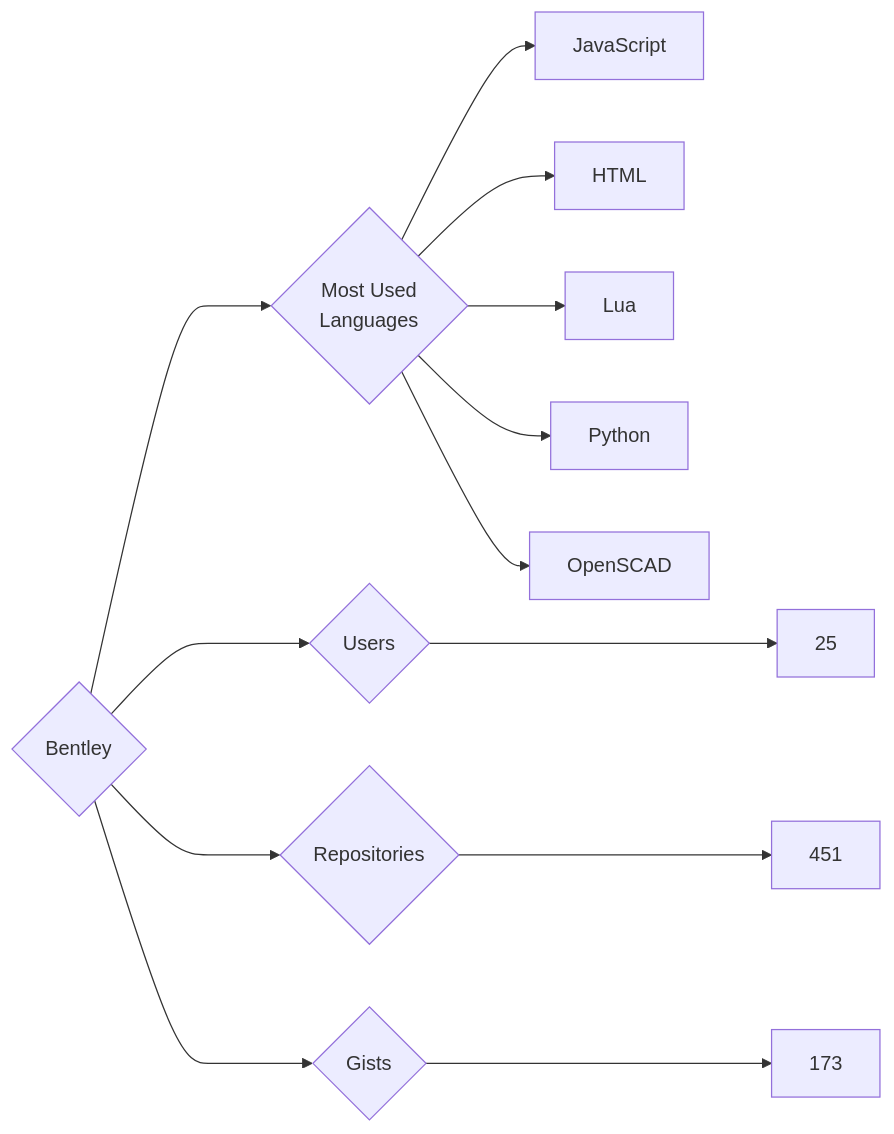
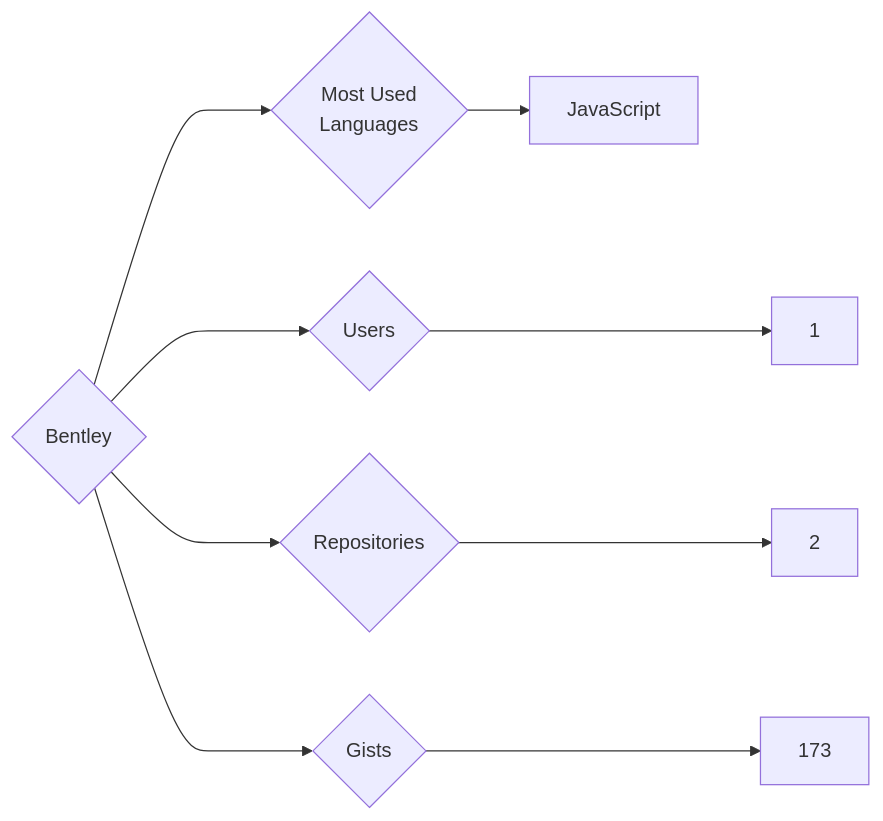
The diagram in targets/Bentley/README.md (trickest/insiders), drawn with Mermaid before and after one commit. The commit also changed 714 other files, not shown here.

````diff
--- a/targets/Bentley/README.md
+++ b/targets/Bentley/README.md
@@ -3,13 +3,9 @@
 ```mermaid
 graph LR
 COMPANY_NAME{Bentley}
-COMPANY_NAME ---> U{Users} ---> UN[25]
-COMPANY_NAME ---> R{Repositories} ---> RN[451]
+COMPANY_NAME ---> U{Users} ---> UN[1]
+COMPANY_NAME ---> R{Repositories} ---> RN[2]
 COMPANY_NAME ---> G{Gists} ---> GN[173]
 COMPANY_NAME ---> ML{Most Used<br>Languages}
 ML --> JavaScript[JavaScript]
-ML --> HTML[HTML]
-ML --> Lua[Lua]
-ML --> Python[Python]
-ML --> OpenSCAD[OpenSCAD]
 ```
````
